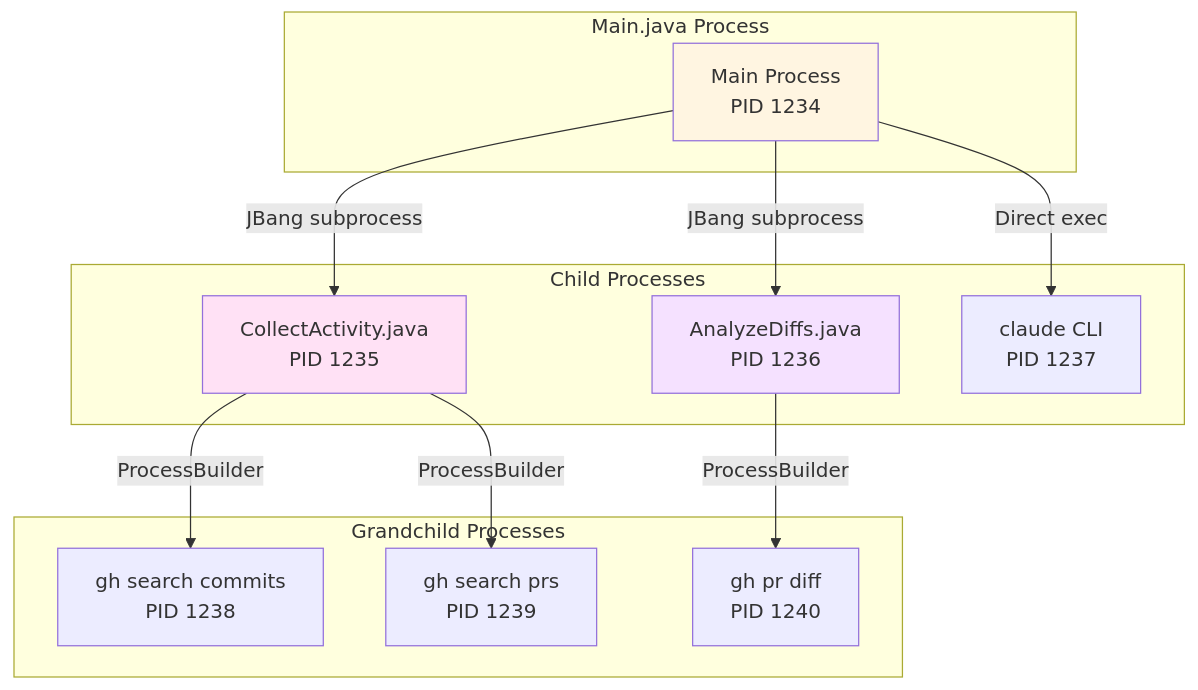
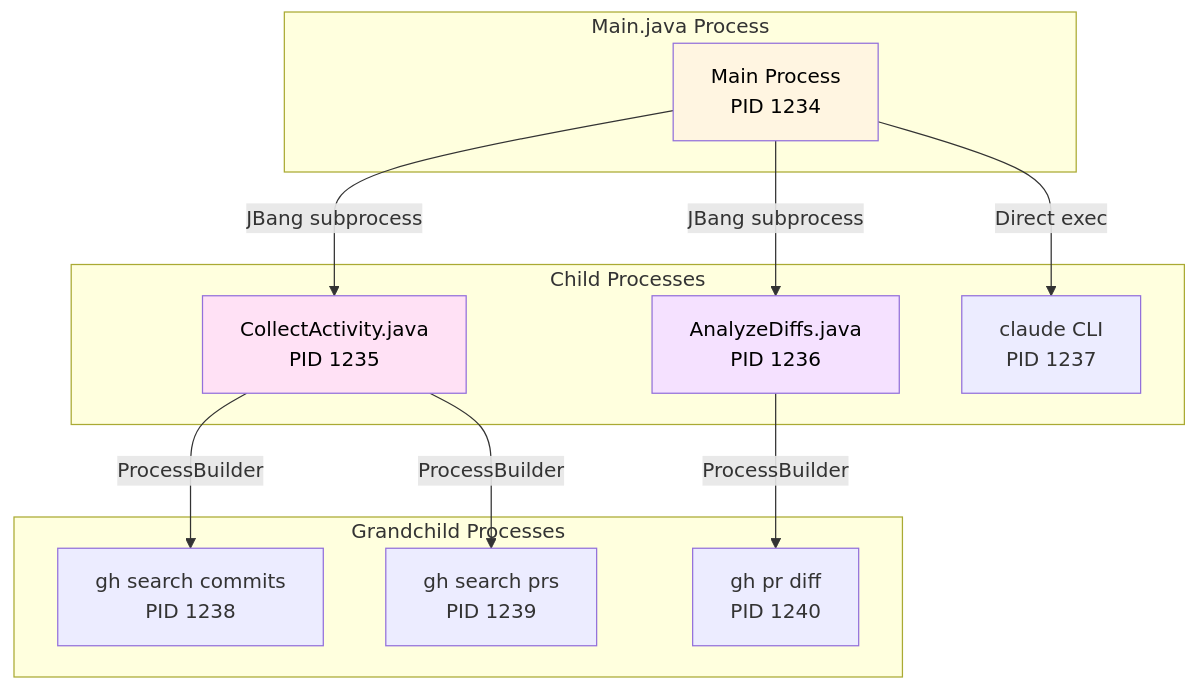
Before and after one commit to jetmobsol/claude-gh-standup: the seventh of 10 diagrams in docs/architecture/05-integration-patterns.md, drawn with Mermaid. The commit also changed other lines of this file and 4 other files, not shown here.

First line of the commit message:
Fix text color to black on light-colored Mermaid diagrams

````diff
--- a/docs/architecture/05-integration-patterns.md
+++ b/docs/architecture/05-integration-patterns.md
@@ -320,30 +320,30 @@
 ```mermaid
 graph TB
     subgraph "Main.java Process"
         Main[Main Process<br/>PID 1234]
     end
 
     subgraph "Child Processes"
         Collect[CollectActivity.java<br/>PID 1235]
         Analyze[AnalyzeDiffs.java<br/>PID 1236]
         Claude[claude CLI<br/>PID 1237]
     end
 
     subgraph "Grandchild Processes"
         GH1[gh search commits<br/>PID 1238]
         GH2[gh search prs<br/>PID 1239]
         GH3[gh pr diff<br/>PID 1240]
     end
 
     Main -->|JBang subprocess| Collect
     Main -->|JBang subprocess| Analyze
     Main -->|Direct exec| Claude
 
     Collect -->|ProcessBuilder| GH1
     Collect -->|ProcessBuilder| GH2
     Analyze -->|ProcessBuilder| GH3
 
-    style Main fill:#fff5e1
-    style Collect fill:#ffe1f5
-    style Analyze fill:#f5e1ff
+    style Main fill:#fff5e1,color:#000
+    style Collect fill:#ffe1f5,color:#000
+    style Analyze fill:#f5e1ff,color:#000
 ```
````
